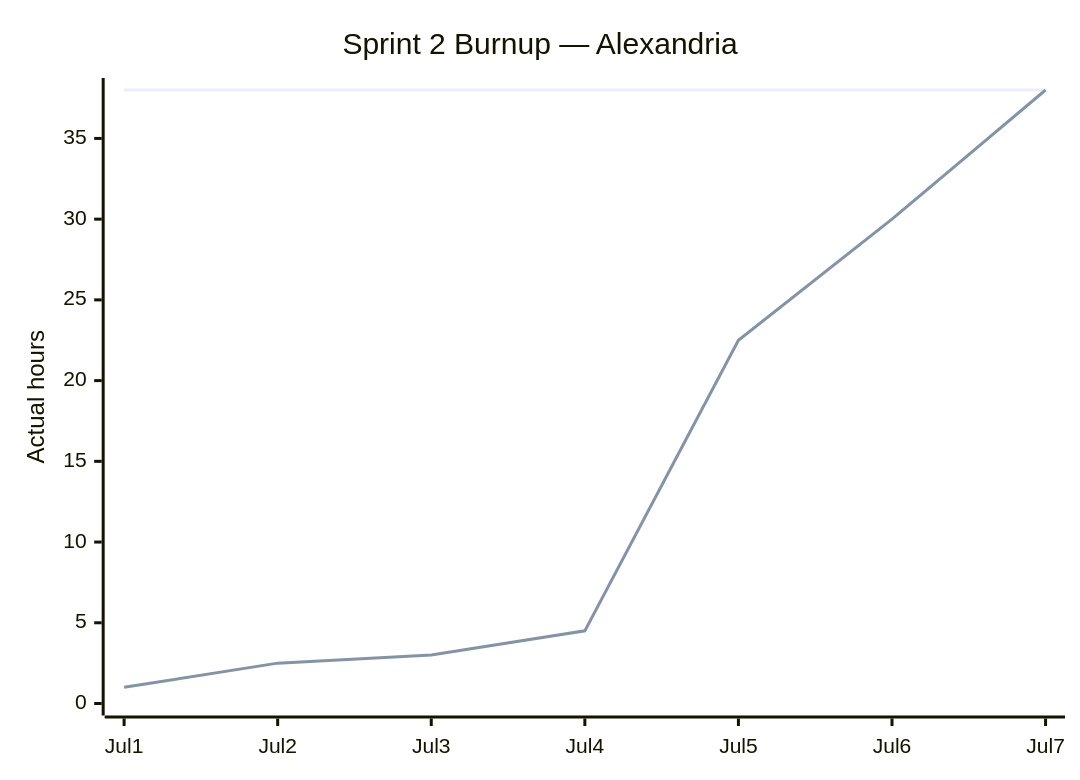
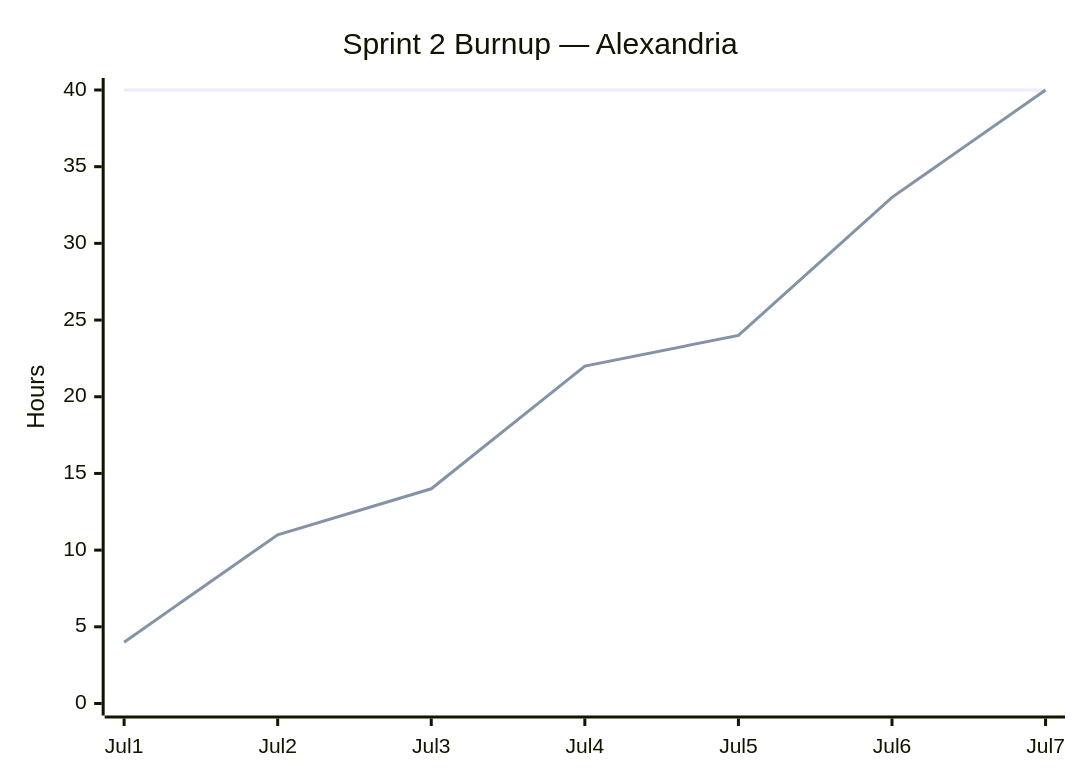
One commit to ucsc-cse115a-alexandria/alexandria changed the diagram in docs/sprint-2-report.md. Above: the diagram before and after it, drawn with Mermaid. The commit also changed other lines of this file, not shown here.

Commit message:
docs: update Sprint 2 report with revised actions and actual work hours

````diff
--- a/docs/sprint-2-report.md
+++ b/docs/sprint-2-report.md
@@ -78,8 +79,8 @@
 ```mermaid
 xychart-beta
     title "Sprint 2 Burnup — Alexandria"
     x-axis [Jul1, Jul2, Jul3, Jul4, Jul5, Jul6, Jul7]
-    y-axis "Actual hours" 0 --> 38
-    line [38, 38, 38, 38, 38, 38, 38]
-    line [1, 2.5, 3, 4.5, 22.5, 30, 38]
+    y-axis "Hours" 0 --> 40
+    line [40, 40, 40, 40, 40, 40, 40]
+    line [4, 11, 14, 22, 24, 33, 40]
 ```
````
